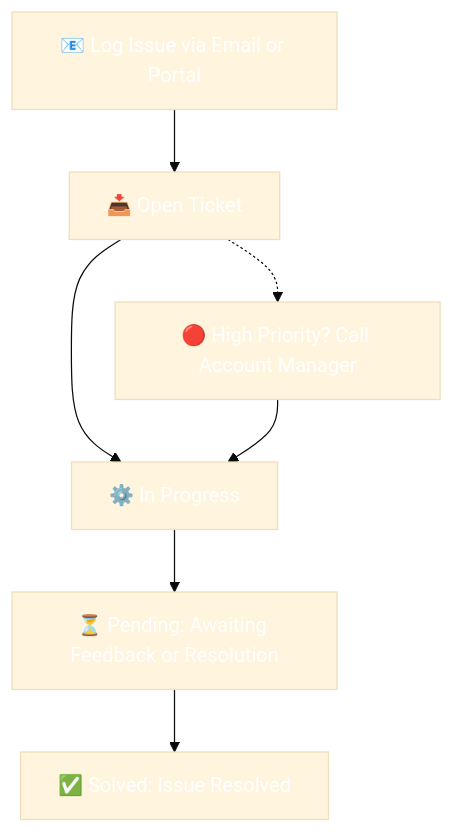
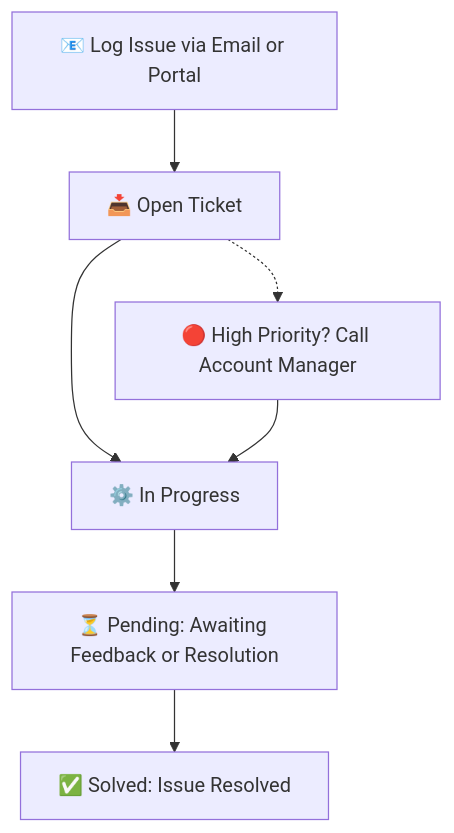
One commit to PlainsightPro/Vision-Playbook changed the diagram in docs/service-delivery/support.md. Above: the diagram before and after it, drawn with Mermaid. The commit also changed 29 other files, not shown here.

````diff
--- a/docs/service-delivery/support.md
+++ b/docs/service-delivery/support.md
@@ -27,12 +27,10 @@
 ```mermaid
-%%{init: { "theme": "base", "themeVariables": { "primaryTextColor": "#FFFFFF" } } }%%
+%%{init: { "flowchart": { "useMaxWidth": true } } }%%
 graph TD;
     A[📧 Log Issue via Email or Portal] --> B[📥 Open Ticket]
     B --> C[⚙️ In Progress]
     C --> D[⏳ Pending: Awaiting Feedback or Resolution]
     D --> E[✅ Solved: Issue Resolved]
     B -.-> F[🔴 High Priority? Call Account Manager]
     F --> C
-    
-
-``` 
+```
````
